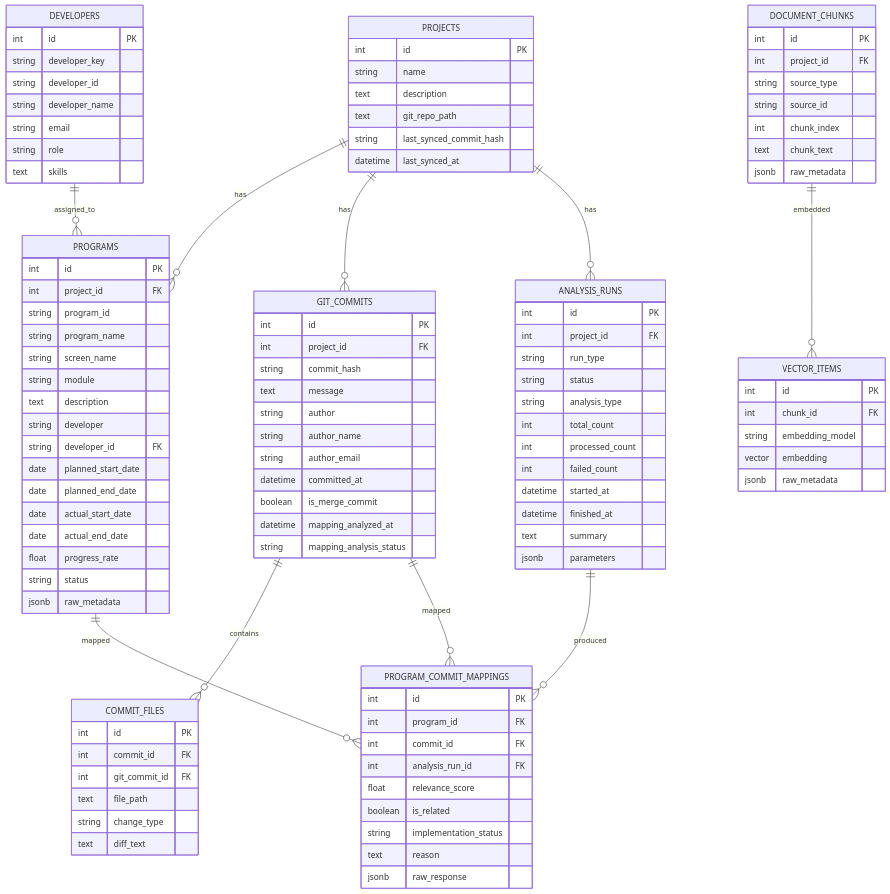
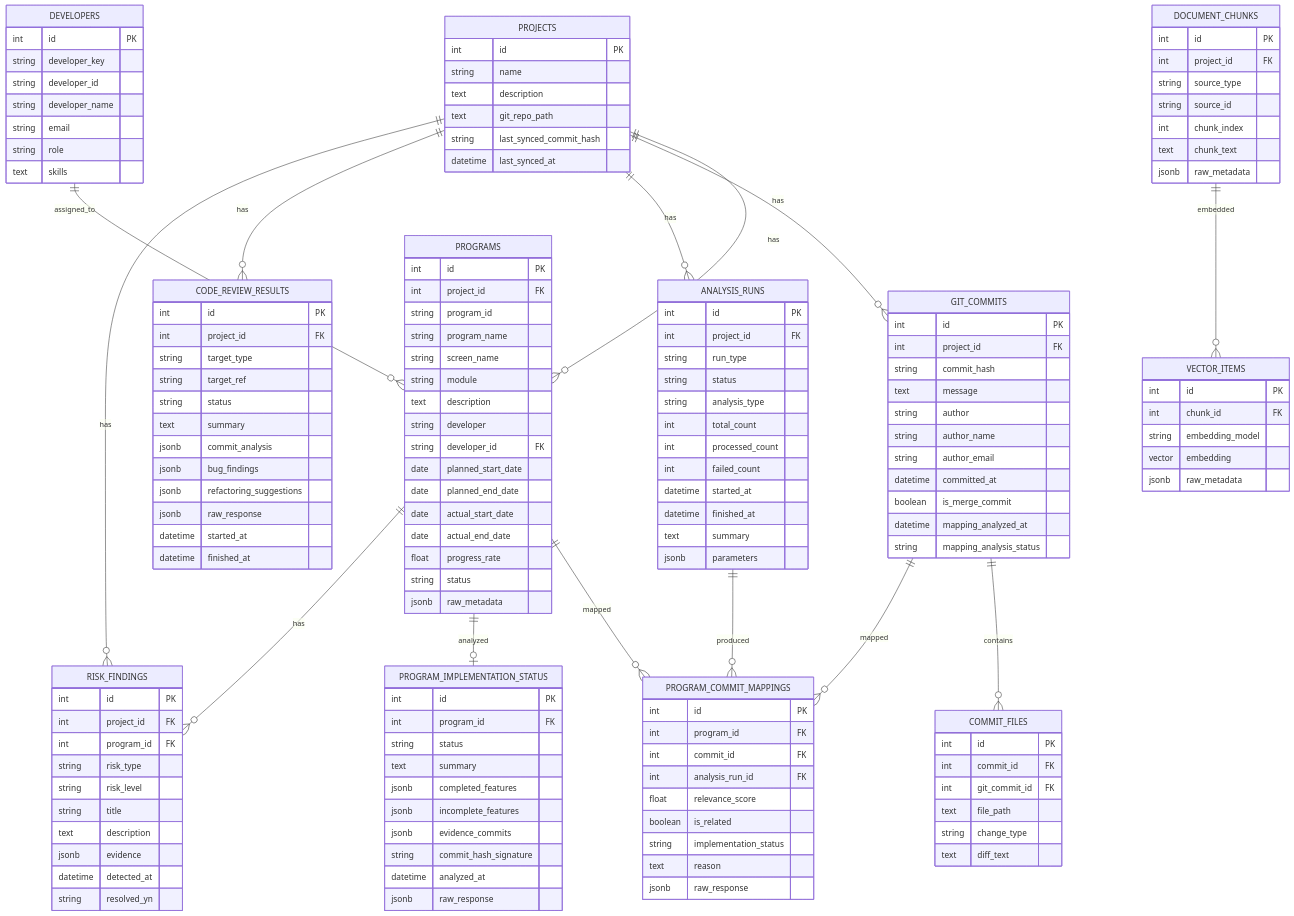
Before and after one commit to ino5/ai-commit-advisor-26: the third of 7 diagrams in README_ARCHITECTURE.md, drawn with Mermaid. The commit also changed other lines of this file, not shown here.

Commit message:
Update architecture documentation

```diff
--- a/README_ARCHITECTURE.md
+++ b/README_ARCHITECTURE.md
@@ -85,8 +110,12 @@
     DEVELOPERS ||--o{ PROGRAMS : assigned_to
     GIT_COMMITS ||--o{ COMMIT_FILES : contains
     PROGRAMS ||--o{ PROGRAM_COMMIT_MAPPINGS : mapped
+    PROGRAMS ||--o| PROGRAM_IMPLEMENTATION_STATUS : analyzed
+    PROGRAMS ||--o{ RISK_FINDINGS : has
     GIT_COMMITS ||--o{ PROGRAM_COMMIT_MAPPINGS : mapped
     ANALYSIS_RUNS ||--o{ PROGRAM_COMMIT_MAPPINGS : produced
+    PROJECTS ||--o{ CODE_REVIEW_RESULTS : has
+    PROJECTS ||--o{ RISK_FINDINGS : has
     DOCUMENT_CHUNKS ||--o{ VECTOR_ITEMS : embedded
 
     PROJECTS {
@@ -162,6 +191,19 @@
         jsonb raw_response
     }
 
+    PROGRAM_IMPLEMENTATION_STATUS {
+        int id PK
+        int program_id FK
+        string status
+        text summary
+        jsonb completed_features
+        jsonb incomplete_features
+        jsonb evidence_commits
+        string commit_hash_signature
+        datetime analyzed_at
+        jsonb raw_response
+    }
+
     ANALYSIS_RUNS {
         int id PK
         int project_id FK
@@ -175,6 +217,34 @@
         datetime finished_at
         text summary
         jsonb parameters
+    }
+
+    CODE_REVIEW_RESULTS {
+        int id PK
+        int project_id FK
+        string target_type
+        string target_ref
+        string status
+        text summary
+        jsonb commit_analysis
+        jsonb bug_findings
+        jsonb refactoring_suggestions
+        jsonb raw_response
+        datetime started_at
+        datetime finished_at
+    }
+
+    RISK_FINDINGS {
+        int id PK
+        int project_id FK
+        int program_id FK
+        string risk_type
+        string risk_level
+        string title
+        text description
+        jsonb evidence
+        datetime detected_at
+        string resolved_yn
     }
 
     DOCUMENT_CHUNKS {
```
